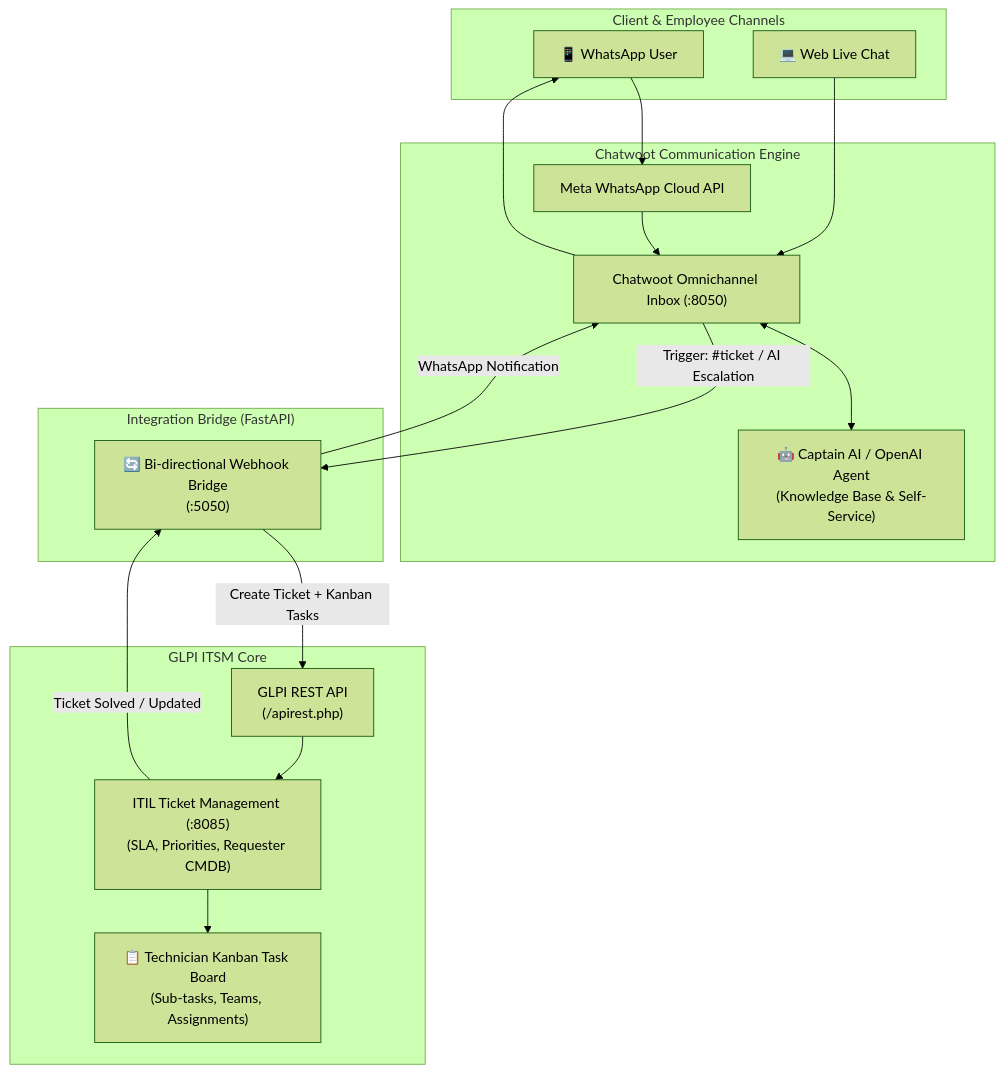
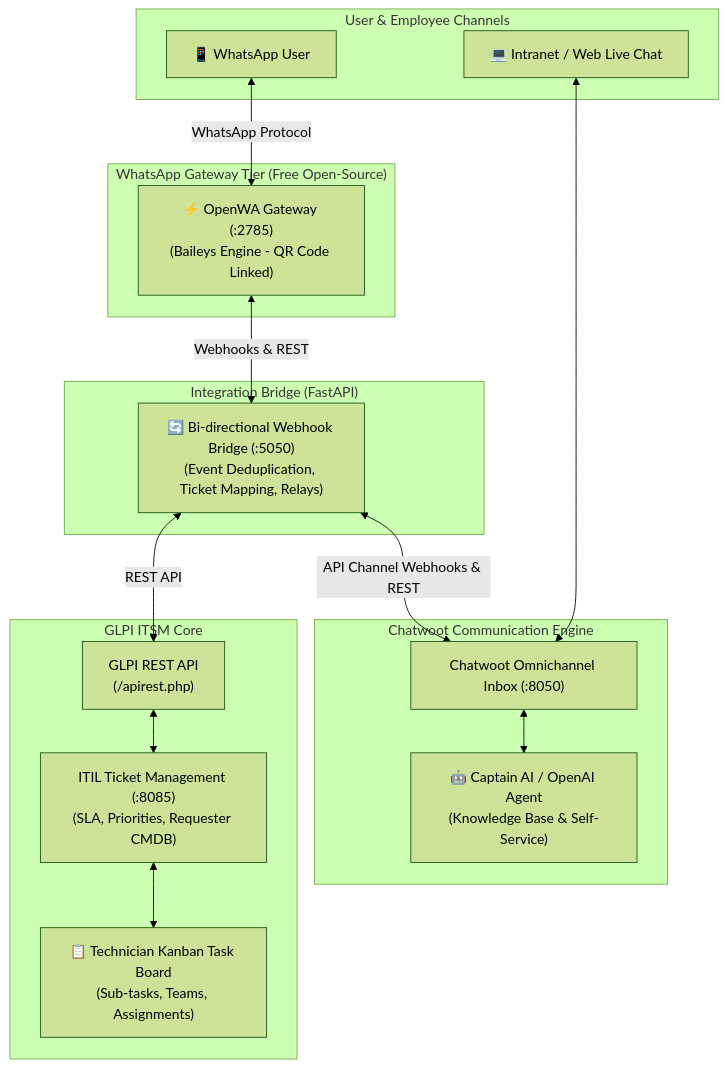
Before and after one commit to sainisoftravi/GLPI_Chatwot_Ticket: the diagram in README.md, drawn with Mermaid (forest theme). The commit also changed other lines of this file and 5 other files, not shown here.

Commit message:
Add comprehensive Architecture, API Reference, and Installation guides

````diff
--- a/README.md
+++ b/README.md
@@ -12,38 +26,36 @@
 ```mermaid
 flowchart TD
-    subgraph Users ["Client & Employee Channels"]
+    subgraph Users ["User & Employee Channels"]
         WA["📱 WhatsApp User"]
-        WEB["💻 Web Live Chat"]
+        WEB["💻 Intranet / Web Live Chat"]
     end
 
-    subgraph Chatwoot_Engine ["Chatwoot Communication Engine"]
-        META["Meta WhatsApp Cloud API"]
+    subgraph WhatsApp_Gateway ["WhatsApp Gateway Tier (Free Open-Source)"]
+        OPENWA["⚡ OpenWA Gateway (:2785)\n(Baileys Engine - QR Code Linked)"]
+    end
+
+    subgraph Chatwoot_Hub ["Chatwoot Communication Engine"]
         CW_INBOX["Chatwoot Omnichannel Inbox (:8050)"]
         AI_BOT["🤖 Captain AI / OpenAI Agent\n(Knowledge Base & Self-Service)"]
     end
 
     subgraph Middleware ["Integration Bridge (FastAPI)"]
-        BRIDGE["🔄 Bi-directional Webhook Bridge\n(:5050)"]
+        BRIDGE["🔄 Bi-directional Webhook Bridge (:5050)\n(Event Deduplication, Ticket Mapping, Relays)"]
     end
 
     subgraph GLPI_ITSM ["GLPI ITSM Core"]
         GLPI_API["GLPI REST API\n(/apirest.php)"]
         GLPI_TICKETS["ITIL Ticket Management (:8085)\n(SLA, Priorities, Requester CMDB)"]
         GLPI_KANBAN["📋 Technician Kanban Task Board\n(Sub-tasks, Teams, Assignments)"]
     end
 
-    WA --> META
-    META --> CW_INBOX
-    WEB --> CW_INBOX
+    WA <-->|WhatsApp Protocol| OPENWA
+    OPENWA <-->|Webhooks & REST| BRIDGE
+    WEB <--> CW_INBOX
+    CW_INBOX <--> AI_BOT
 
-    CW_INBOX <--> AI_BOT
-    
-    CW_INBOX -- "Trigger: #ticket / AI Escalation" --> BRIDGE
-    BRIDGE -- "Create Ticket + Kanban Tasks" --> GLPI_API
-    GLPI_API --> GLPI_TICKETS
-    GLPI_TICKETS --> GLPI_KANBAN
-
-    GLPI_TICKETS -- "Ticket Solved / Updated" --> BRIDGE
-    BRIDGE -- "WhatsApp Notification" --> CW_INBOX
-    CW_INBOX --> WA
+    BRIDGE <-->|API Channel Webhooks & REST| CW_INBOX
+    BRIDGE <-->|REST API| GLPI_API
+    GLPI_API <--> GLPI_TICKETS
+    GLPI_TICKETS <--> GLPI_KANBAN
 ```
````
